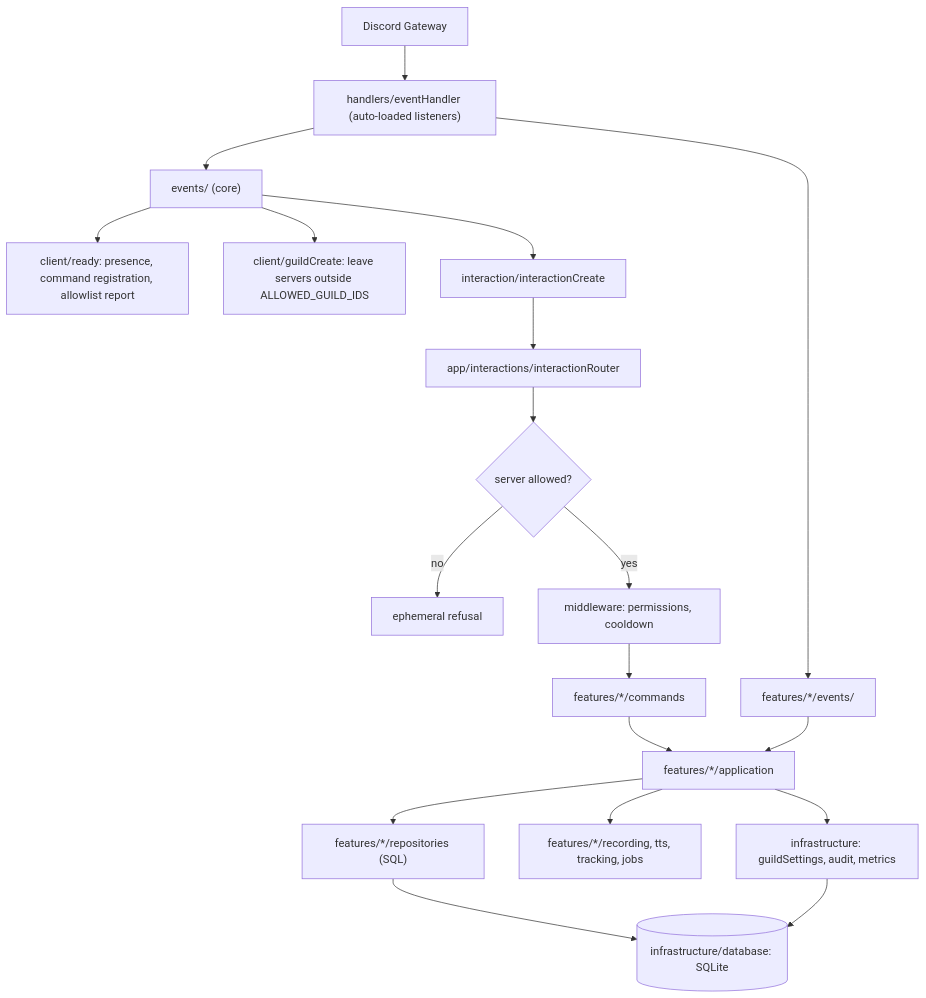
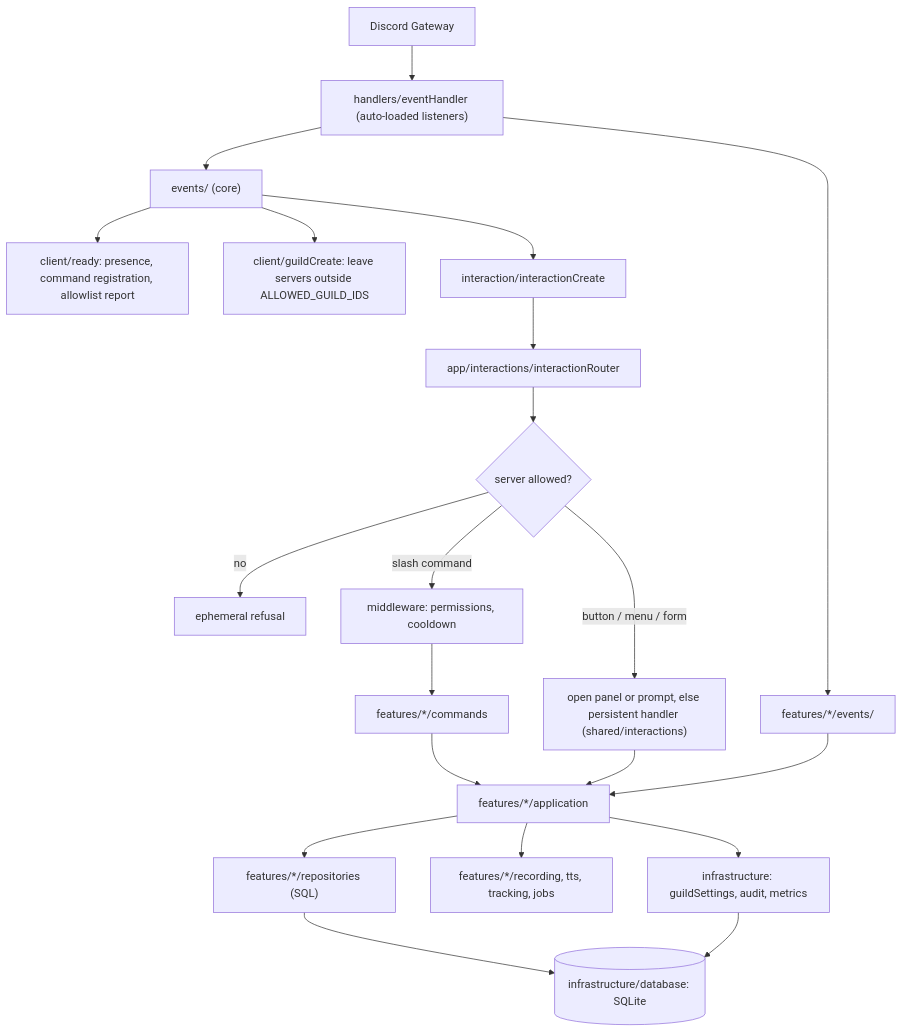
One commit to iam74k4/Bot-Discord changed the second of 6 diagrams in docs/architecture.md. Above: the diagram before and after it, drawn with Mermaid. The commit also changed other lines of this file and 239 other files, not shown here.

````diff
--- a/docs/architecture.md
+++ b/docs/architecture.md
@@ -58,25 +59,27 @@
 ```mermaid
 flowchart TD
   gw["Discord Gateway"] --> loader["handlers/eventHandler (auto-loaded listeners)"]
 
   loader --> core["events/ (core)"]
   loader --> fevents["features/*/events/"]
 
   core --> ready["client/ready: presence, command registration, allowlist report"]
   core --> join["client/guildCreate: leave servers outside ALLOWED_GUILD_IDS"]
   core --> ic["interaction/interactionCreate"]
 
   ic --> router["app/interactions/interactionRouter"]
   router --> allow{"server allowed?"}
   allow -- "no" --> refuse["ephemeral refusal"]
-  allow -- "yes" --> mw["middleware: permissions, cooldown"]
+  allow -- "slash command" --> mw["middleware: permissions, cooldown"]
   mw --> cmd["features/*/commands"]
   cmd --> appl["features/*/application"]
+  allow -- "button / menu / form" --> comp["open panel or prompt, else persistent handler (shared/interactions)"]
+  comp --> appl
 
   fevents --> appl
   appl --> repo["features/*/repositories (SQL)"]
   appl --> runtime["features/*/recording, tts, tracking, jobs"]
   appl --> infra["infrastructure: guildSettings, audit, metrics"]
   repo --> db[("infrastructure/database: SQLite")]
   infra --> db
 ```
````
